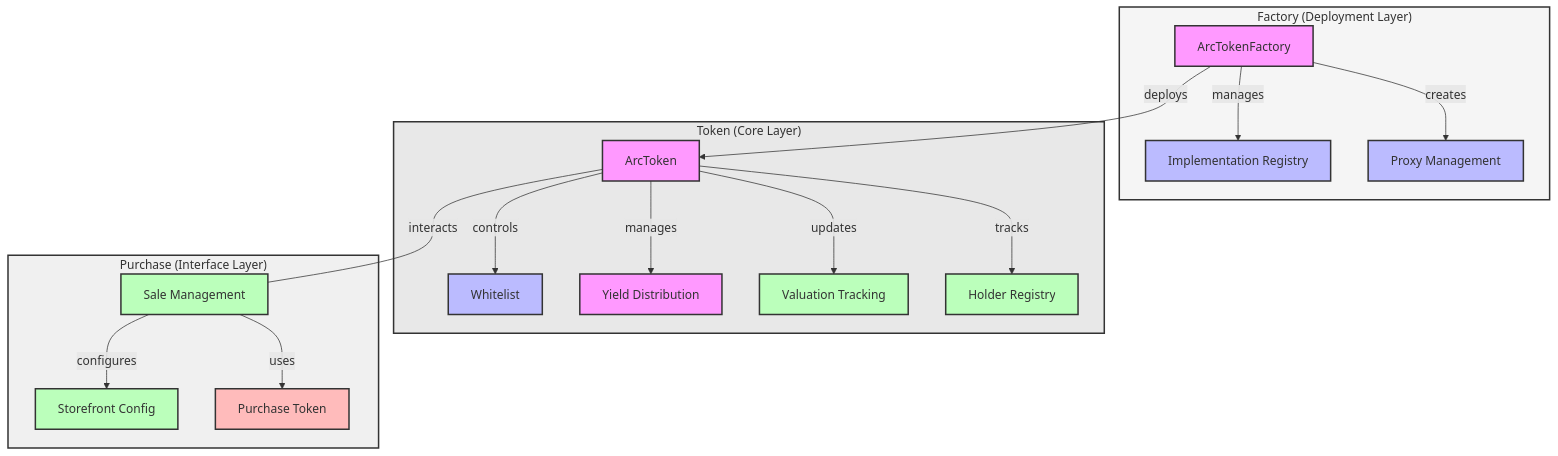
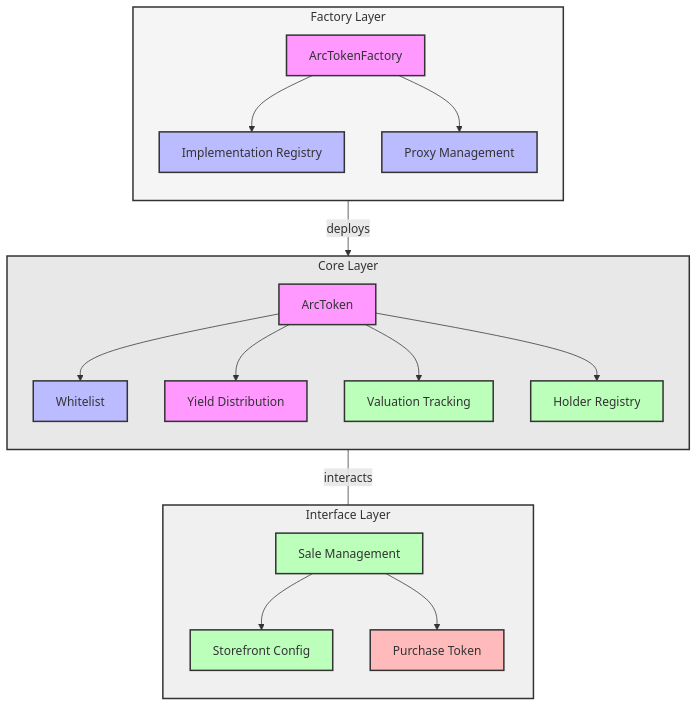
The first of 5 diagrams in smart-wallets/README.md (plumenetwork/contracts), drawn with Mermaid before and after one commit.

````diff
--- a/smart-wallets/README.md
+++ b/smart-wallets/README.md
@@ -449,42 +449,53 @@
 ```mermaid
 graph TB
     classDef core fill:#f9f,stroke:#333,stroke-width:2px
     classDef security fill:#bbf,stroke:#333,stroke-width:2px
     classDef management fill:#bfb,stroke:#333,stroke-width:2px
     classDef external fill:#fbb,stroke:#333,stroke-width:2px
 
-    subgraph Factory["Factory (Deployment Layer)"]
+    %% Factory Layer
+    subgraph Factory["Factory Layer"]
+        direction TB
         F[ArcTokenFactory]:::core
         I[Implementation Registry]:::security
         P[Proxy Management]:::security
+        
+        F --> I
+        F --> P
     end
 
-    subgraph Token["Token (Core Layer)"]
+    %% Token Layer
+    subgraph Token["Core Layer"]
+        direction TB
         T[ArcToken]:::core
         W[Whitelist]:::security
         Y[Yield Distribution]:::core
         V[Valuation Tracking]:::management
         H[Holder Registry]:::management
+        
+        T --> W
+        T --> Y
+        T --> V
+        T --> H
     end
 
-    subgraph Purchase["Purchase (Interface Layer)"]
+    %% Purchase Layer
+    subgraph Purchase["Interface Layer"]
+        direction TB
         S[Sale Management]:::management
         C[Storefront Config]:::management
         PT[Purchase Token]:::external
+        
+        S --> C
+        S --> PT
     end
 
+    %% Inter-layer connections
     F -->|deploys| T
-    F -->|manages| I
-    F -->|creates| P
-    T -->|controls| W
-    T -->|manages| Y
-    T -->|updates| V
-    T -->|tracks| H
-    S -->|configures| C
-    S -->|uses| PT
     T ---|interacts| S
 
+    %% Layer styling
     style Factory fill:#f5f5f5,stroke:#333,stroke-width:2px
     style Token fill:#e8e8e8,stroke:#333,stroke-width:2px
     style Purchase fill:#f0f0f0,stroke:#333,stroke-width:2px
 ```
````
